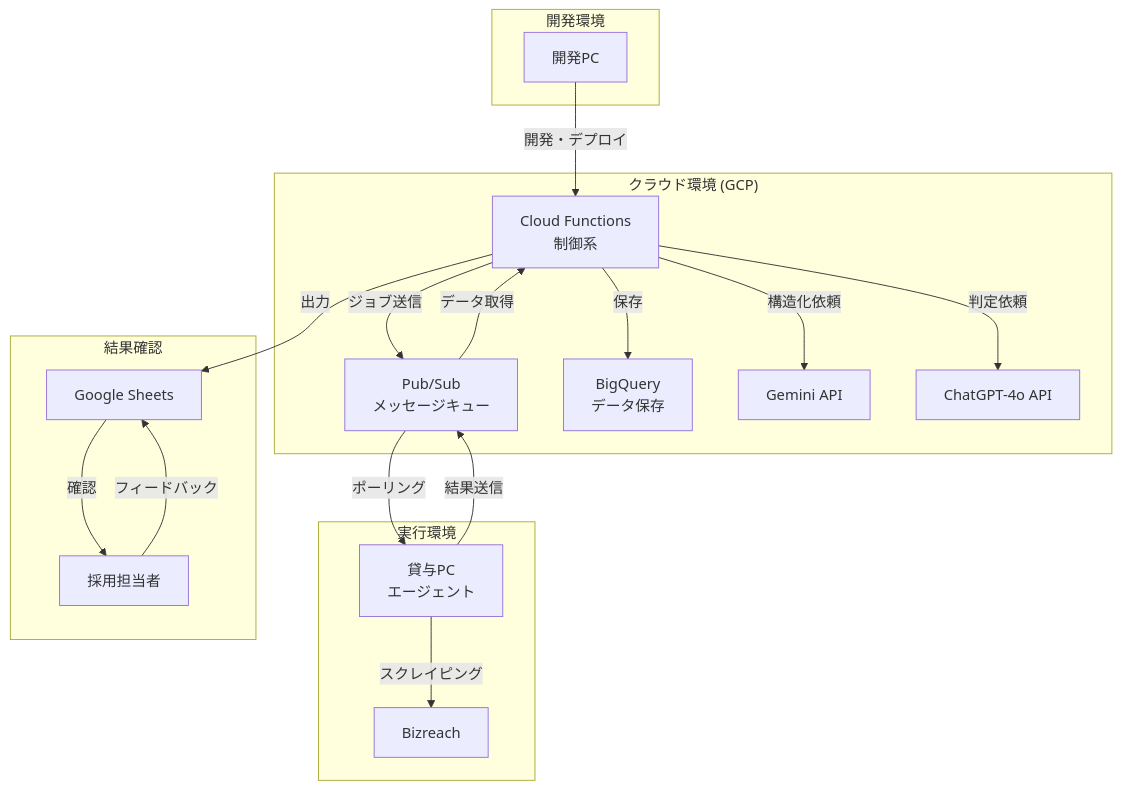
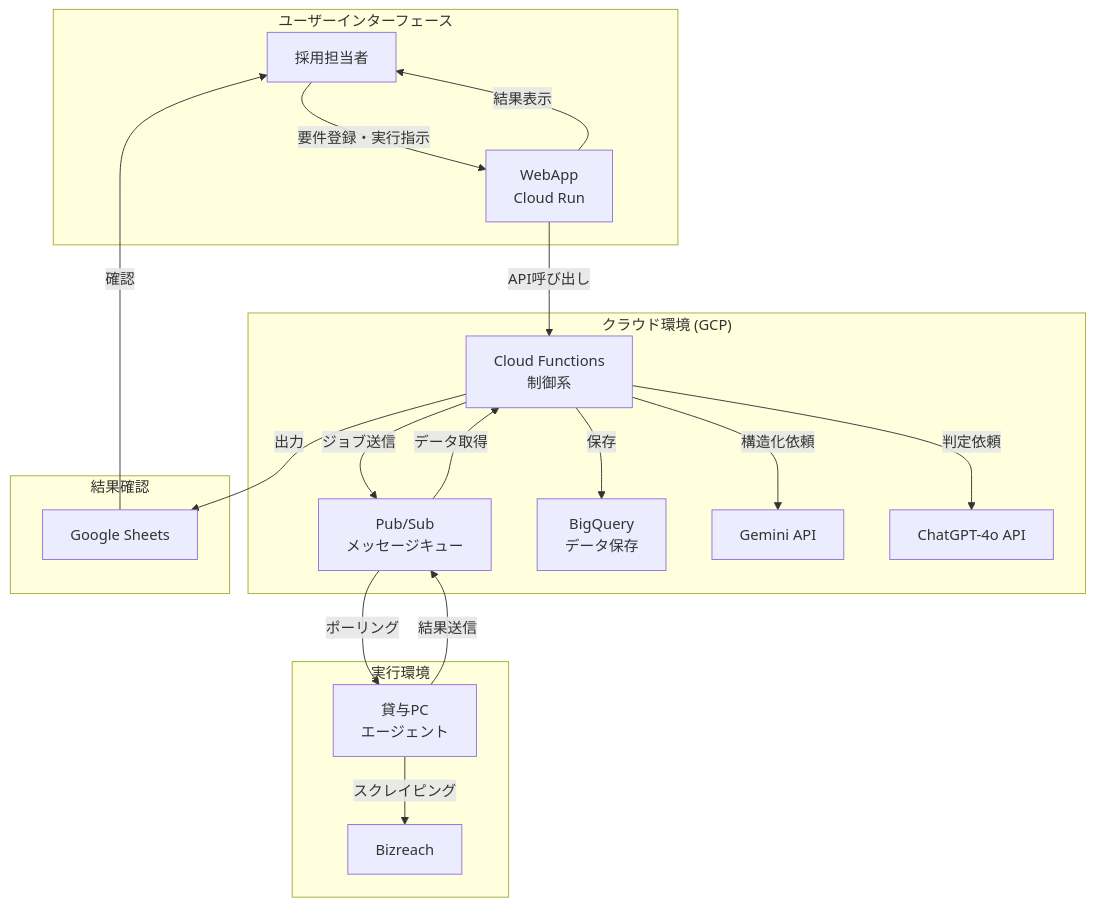
Before and after one commit to takeshita-0x0201/rpo-automation: the first of 2 diagrams in README.md, drawn with Mermaid. The commit also changed other lines of this file, not shown here.

First line of the commit message:
docs: WebApp化の範囲と実装方針を明確化

````diff
--- a/README.md
+++ b/README.md
@@ -15,37 +27,38 @@
 ```mermaid
 graph TD
-    subgraph "開発環境"
-        A[開発PC]
+    subgraph "ユーザーインターフェース"
+        A[採用担当者]
+        B[WebApp<br/>Cloud Run]
     end
     
     subgraph "クラウド環境 (GCP)"
-        B[Cloud Functions<br/>制御系]
-        C[Pub/Sub<br/>メッセージキュー]
-        D[BigQuery<br/>データ保存]
-        E[Gemini API]
-        F[ChatGPT-4o API]
+        C[Cloud Functions<br/>制御系]
+        D[Pub/Sub<br/>メッセージキュー]
+        E[BigQuery<br/>データ保存]
+        F[Gemini API]
+        G[ChatGPT-4o API]
     end
     
     subgraph "実行環境"
-        G[貸与PC<br/>エージェント]
-        H[Bizreach]
+        H[貸与PC<br/>エージェント]
+        I[Bizreach]
     end
     
     subgraph "結果確認"
-        I[Google Sheets]
-        J[採用担当者]
+        J[Google Sheets]
     end
     
-    A -->|開発・デプロイ| B
-    B -->|ジョブ送信| C
-    C -->|ポーリング| G
-    G -->|スクレイピング| H
-    G -->|結果送信| C
-    C -->|データ取得| B
-    B -->|構造化依頼| E
-    B -->|判定依頼| F
-    B -->|保存| D
-    B -->|出力| I
-    I -->|確認| J
-    J -->|フィードバック| I
+    A -->|要件登録・実行指示| B
+    B -->|API呼び出し| C
+    C -->|ジョブ送信| D
+    D -->|ポーリング| H
+    H -->|スクレイピング| I
+    H -->|結果送信| D
+    D -->|データ取得| C
+    C -->|構造化依頼| F
+    C -->|判定依頼| G
+    C -->|保存| E
+    C -->|出力| J
+    B -->|結果表示| A
+    J -->|確認| A
 ```
````
